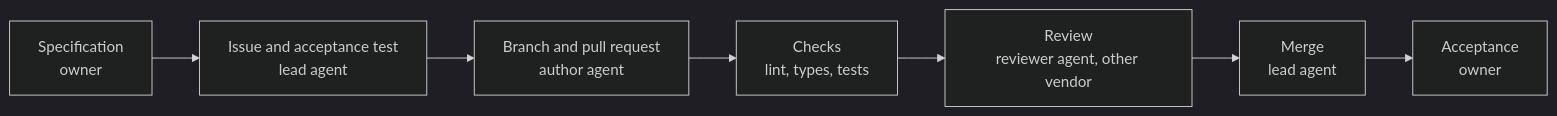
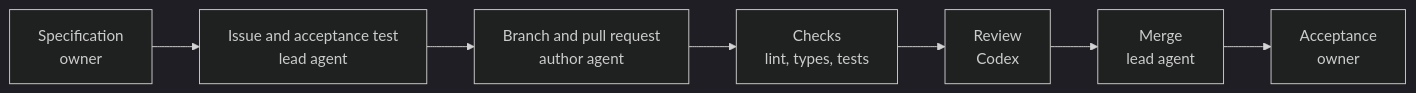
Before and after one commit to hawkxdev/reply-assistant: the diagram in README.md, drawn with Mermaid (dark theme). The commit also changed other lines of this file and 1 other file, not shown here.

````diff
--- a/README.md
+++ b/README.md
@@ -13,9 +74,9 @@
 ```mermaid
 flowchart LR
     S[Specification<br/>owner] --> I[Issue and acceptance test<br/>lead agent]
     I --> A[Branch and pull request<br/>author agent]
     A --> C[Checks<br/>lint, types, tests]
-    C --> R[Review<br/>reviewer agent, other vendor]
+    C --> R[Review<br/>Codex]
     R --> M[Merge<br/>lead agent]
     M --> P[Acceptance<br/>owner]
 ```
````
